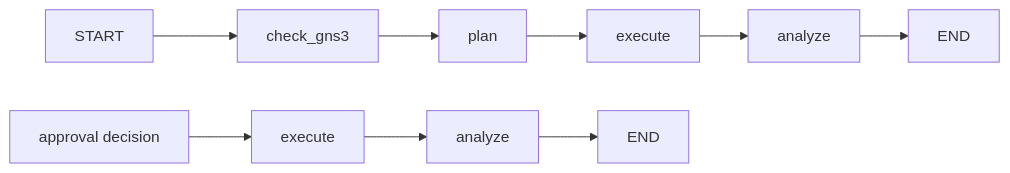
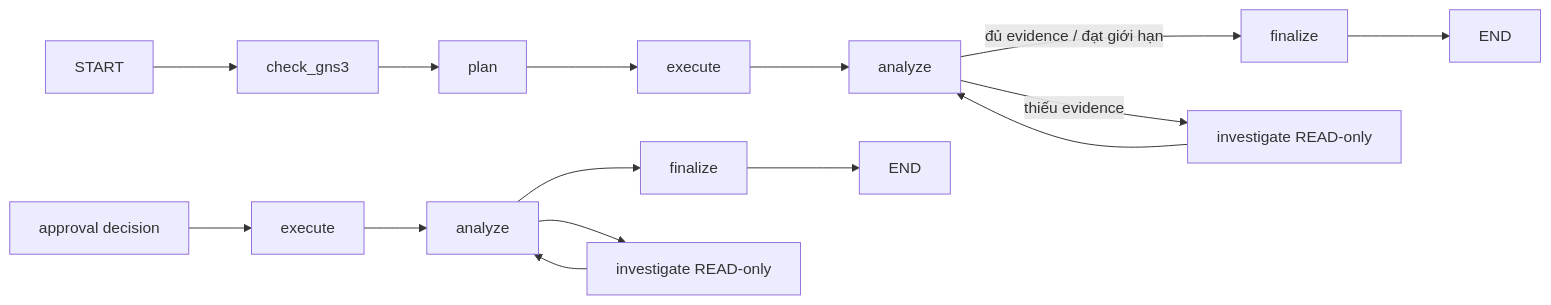
One commit to mujin0422/network-multi-agent-system-backend changed the diagram in docs/flows/langgraph-workflow.md. Above: the diagram before and after it, drawn with Mermaid. The commit also changed other lines of this file and 5 other files, not shown here.

````diff
--- a/docs/flows/langgraph-workflow.md
+++ b/docs/flows/langgraph-workflow.md
@@ -9,12 +9,18 @@
 ```mermaid
 flowchart LR
     START --> GNS3[check_gns3]
     GNS3 --> PLAN[plan]
     PLAN --> EXECUTE[execute]
     EXECUTE --> ANALYZE[analyze]
-    ANALYZE --> END
+    ANALYZE -->|đủ evidence / đạt giới hạn| FINALIZE[finalize]
+    ANALYZE -->|thiếu evidence| INVESTIGATE[investigate READ-only]
+    INVESTIGATE --> ANALYZE
+    FINALIZE --> END
 
     APPROVAL[approval decision] --> RESUME[execute]
     RESUME --> RESPONSE[analyze]
-    RESPONSE --> RESUME_END[END]
+    RESPONSE --> RESUME_FINALIZE[finalize]
+    RESPONSE --> RESUME_INVESTIGATE[investigate READ-only]
+    RESUME_INVESTIGATE --> RESPONSE
+    RESUME_FINALIZE --> RESUME_END[END]
 ```
````
